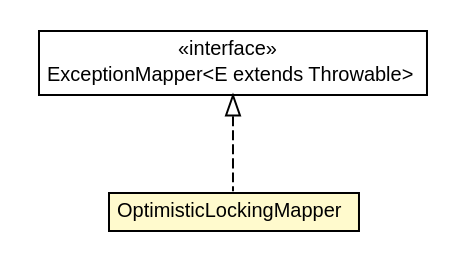
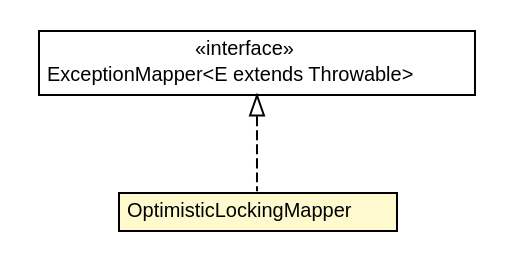
Before and after one commit to trajano/doxdb: the diagram in doxdb-rest/apidocs/net/trajano/doxdb/rest/OptimisticLockingMapper.dot, drawn with Graphviz. The commit also changed 313 other files, not shown here.

```diff
--- a/doxdb-rest/apidocs/net/trajano/doxdb/rest/OptimisticLockingMapper.dot
+++ b/doxdb-rest/apidocs/net/trajano/doxdb/rest/OptimisticLockingMapper.dot
@@ -1,27 +1,27 @@
 #!/usr/local/bin/dot
 #
 # Class diagram 
 # Generated by UMLGraph version R5_6-24-gf6e263 (http://www.umlgraph.org/)
 #
 
 digraph G {
-	edge [fontname="arial",fontsize=10,labelfontname="arial",labelfontsize=10];
-	node [fontname="arial",fontsize=10,shape=plaintext];
+	edge [fontname="Helvetica",fontsize=10,labelfontname="Helvetica",labelfontsize=10];
+	node [fontname="Helvetica",fontsize=10,shape=plaintext];
 	nodesep=0.25;
 	ranksep=0.5;
 	// net.trajano.doxdb.rest.OptimisticLockingMapper
-	c1368 [label=<<table title="net.trajano.doxdb.rest.OptimisticLockingMapper" border="0" cellborder="1" cellspacing="0" cellpadding="2" port="p" bgcolor="lemonChiffon" href="./OptimisticLockingMapper.html">
+	c1365 [label=<<table title="net.trajano.doxdb.rest.OptimisticLockingMapper" border="0" cellborder="1" cellspacing="0" cellpadding="2" port="p" bgcolor="lemonChiffon" href="./OptimisticLockingMapper.html">
 		<tr><td><table border="0" cellspacing="0" cellpadding="1">
 <tr><td align="center" balign="center"> OptimisticLockingMapper </td></tr>
 		</table></td></tr>
-		</table>>, URL="./OptimisticLockingMapper.html", fontname="arial", fontcolor="black", fontsize=10.0];
+		</table>>, URL="./OptimisticLockingMapper.html", fontname="Helvetica", fontcolor="black", fontsize=10.0];
 	//net.trajano.doxdb.rest.OptimisticLockingMapper implements javax.ws.rs.ext.ExceptionMapper<E extends java.lang.Throwable>
-	c1381:p -> c1368:p [dir=back,arrowtail=empty,style=dashed];
+	c1381:p -> c1365:p [dir=back,arrowtail=empty,style=dashed];
 	// javax.ws.rs.ext.ExceptionMapper<E extends java.lang.Throwable>
 	c1381 [label=<<table title="javax.ws.rs.ext.ExceptionMapper" border="0" cellborder="1" cellspacing="0" cellpadding="2" port="p" href="http://java.sun.com/j2se/1.4.2/docs/api/javax/ws/rs/ext/ExceptionMapper.html">
 		<tr><td><table border="0" cellspacing="0" cellpadding="1">
 <tr><td align="center" balign="center"> &#171;interface&#187; </td></tr>
 <tr><td align="center" balign="center"> ExceptionMapper&lt;E extends Throwable&gt; </td></tr>
 		</table></td></tr>
-		</table>>, URL="http://java.sun.com/j2se/1.4.2/docs/api/javax/ws/rs/ext/ExceptionMapper.html", fontname="arial", fontcolor="black", fontsize=10.0];
+		</table>>, URL="http://java.sun.com/j2se/1.4.2/docs/api/javax/ws/rs/ext/ExceptionMapper.html", fontname="Helvetica", fontcolor="black", fontsize=10.0];
 }
```
